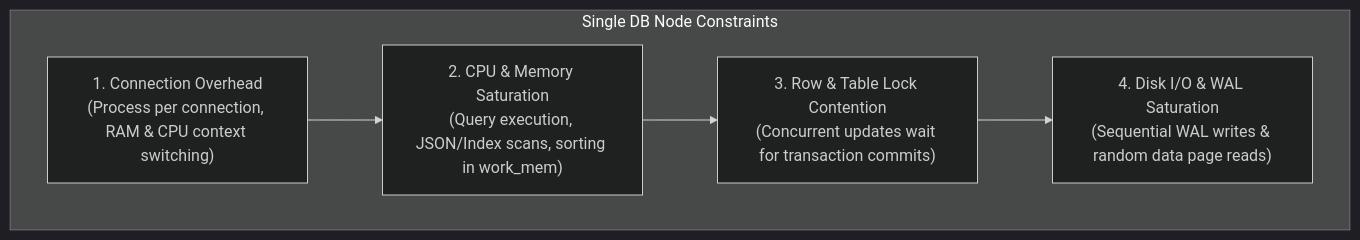
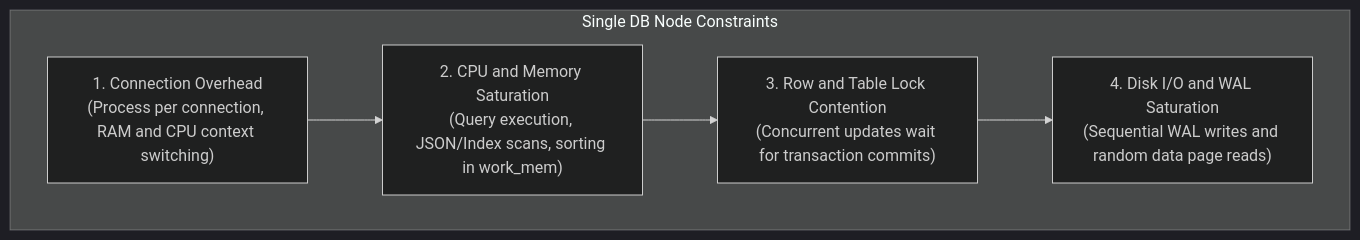
Before and after one commit to userhimanshuverma/30_Days_of_Building_Systems_That_Scale: the first of 5 diagrams in days/phase-2-database-becomes-the-problem/day-06-app-scales-db-doesnt/README.md, drawn with Mermaid (dark theme). The commit also changed other lines of this file and 1 other file, not shown here.

Commit message:
fix(docs): refactor Mermaid diagrams for strict GitHub rendering compatibility

````diff
--- a/days/phase-2-database-becomes-the-problem/day-06-app-scales-db-doesnt/README.md
+++ b/days/phase-2-database-becomes-the-problem/day-06-app-scales-db-doesnt/README.md
@@ -131,13 +131,13 @@
 ```mermaid
 graph TD
-    subgraph Single_DB_Constraints ["Single DB Node Constraints"]
-        CON["1. Connection Overhead<br/>(Process per connection, RAM & CPU context switching)"]
-        CPU["2. CPU & Memory Saturation<br/>(Query execution, JSON/Index scans, sorting in work_mem)"]
-        LOCK["3. Row & Table Lock Contention<br/>(Concurrent updates wait for transaction commits)"]
-        IO["4. Disk I/O & WAL Saturation<br/>(Sequential WAL writes & random data page reads)"]
+    subgraph Single_DB ["Single DB Node Constraints"]
+        CON["1. Connection Overhead<br/>(Process per connection, RAM and CPU context switching)"]
+        CPU["2. CPU and Memory Saturation<br/>(Query execution, JSON/Index scans, sorting in work_mem)"]
+        LOCK["3. Row and Table Lock Contention<br/>(Concurrent updates wait for transaction commits)"]
+        IO["4. Disk I/O and WAL Saturation<br/>(Sequential WAL writes and random data page reads)"]
     end
 
     CON --> CPU
     CPU --> LOCK
     LOCK --> IO
 ```
````
